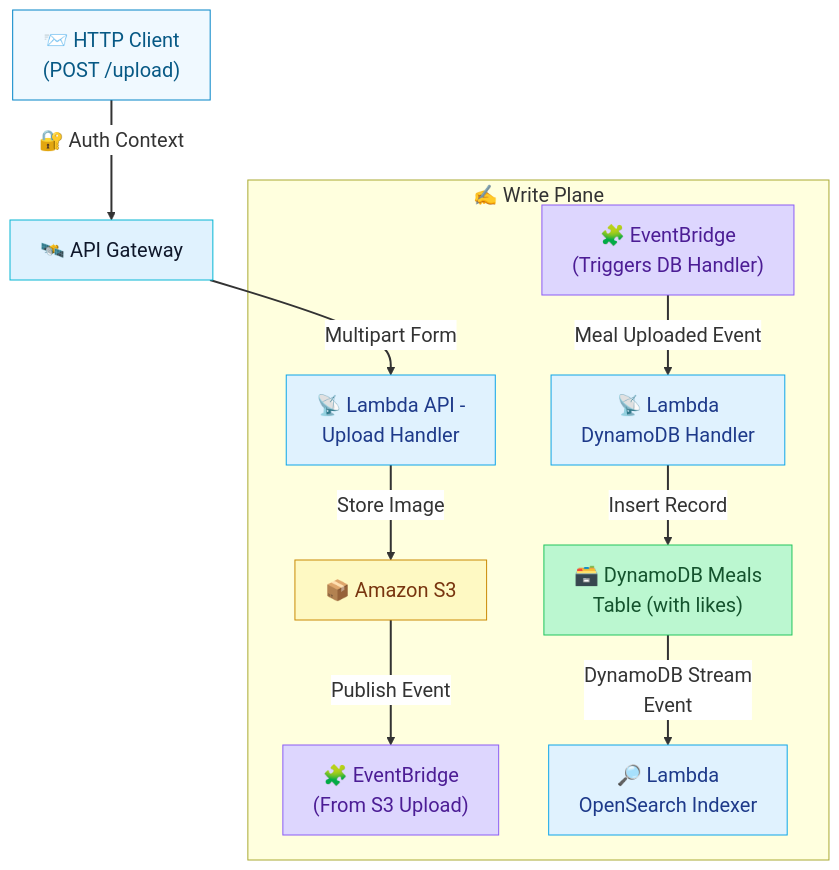
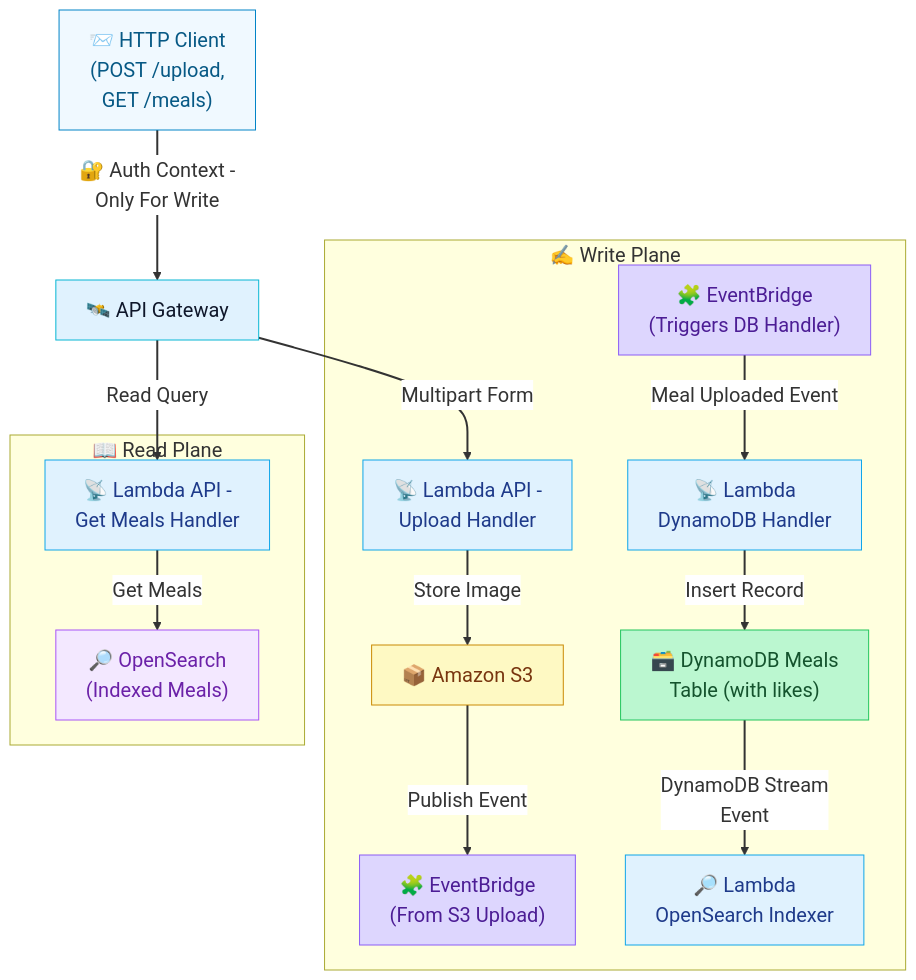
The diagram in services/docs/write_plane.mmd (Venkat-Gorla/smartmeal-serverless), drawn with Mermaid before and after one commit.

Commit message:
[mermaid] feat(diagram): add read plane to architecture, clarify auth and flow

```diff
--- a/services/docs/write_plane.mmd
+++ b/services/docs/write_plane.mmd
@@ -1,34 +1,46 @@
 %%{init: {"theme": "default", "themeVariables": { "fontSize": "20px", "primaryColor": "#E0F2FE", "edgeLabelBackground":"#ffffff"}}}%%
 flowchart TD
 
-  A["📨 HTTP Client<br/>(POST /upload)"]:::client
-  %% X["🔐 Auth Context"]:::auth
+  A["📨 HTTP Client<br/>(POST /upload,<br/>GET /meals)"]:::client
   Y["🛰️ API Gateway"]:::apigw
 
+  %% Write Plane
   subgraph WRITE["✍️ Write Plane"]
     B["📡 Lambda API -<br/>Upload Handler"]:::lambda
     C["📦 Amazon S3"]:::s3
     D["🧩 EventBridge<br/>(From S3 Upload)"]:::event
     E["🧩 EventBridge<br/>(Triggers DB Handler)"]:::event
     F["📡 Lambda<br/>DynamoDB Handler"]:::lambda
     G["🗃️ DynamoDB Meals<br/>Table (with likes)"]:::ddb
     H["🔎 Lambda<br/>OpenSearch Indexer"]:::lambda
   end
 
-  A -->|🔐 Auth Context| Y -->|Multipart Form| B
+  %% Read Plane
+  subgraph READ["📖 Read Plane"]
+    R1["📡 Lambda API -<br/>Get Meals Handler"]:::lambda
+    R2["🔎 OpenSearch<br/>(Indexed Meals)"]:::search
+  end
+
+  %% Client routes
+  A -->|🔐 Auth Context -<br/>Only For Write| Y
+  Y -->|Multipart Form| B
+  Y -->|Read Query| R1
+  R1 -->|Get Meals| R2
+
+  %% Write flow
   B -->|Store Image| C
   C -->|Publish Event| D
   E -->|Meal Uploaded Event| F
   F -->|Insert Record| G
   G -->|DynamoDB Stream<br/>Event| H
 
+  %% Class styles
   classDef client fill:#F0F9FF,stroke:#0284C7,color:#075985;
-  classDef auth fill:#E0F2FE,stroke:#A3A3A3,color:#525252;
   classDef apigw fill:#E0F2FE,stroke:#06B6D4,color:#0F172A;
   classDef lambda fill:#E0F2FE,stroke:#0EA5E9,color:#1E3A8A;
   classDef s3 fill:#FEF9C3,stroke:#CA8A04,color:#78350F;
   classDef event fill:#DDD6FE,stroke:#8B5CF6,color:#4C1D95;
   classDef ddb fill:#BBF7D0,stroke:#22C55E,color:#14532D;
   classDef search fill:#F3E8FF,stroke:#A855F7,color:#6B21A8;
 
   linkStyle default stroke-width:2px,fill:none;
```
